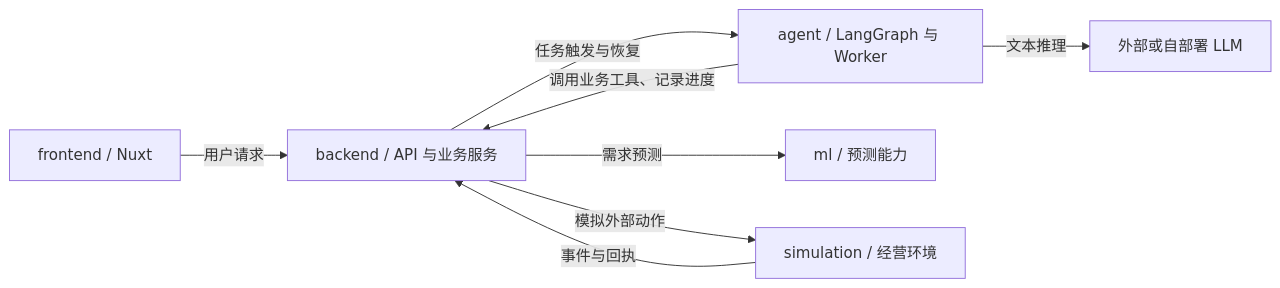
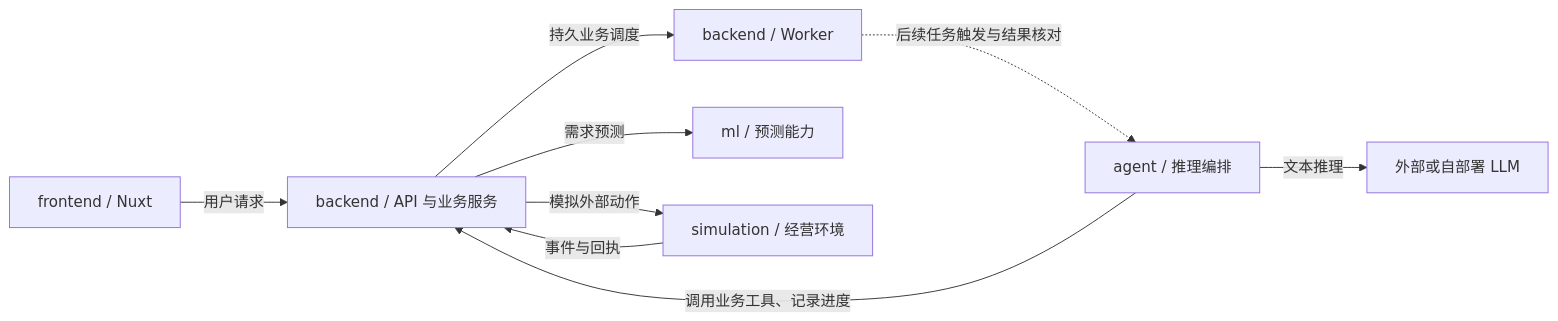
Before and after one commit to yhnapoleon/ShopSteward: the diagram in docs/architecture.md, drawn with Mermaid. The commit also changed other lines of this file and 130 other files, not shown here.

````diff
--- a/docs/architecture.md
+++ b/docs/architecture.md
@@ -20,10 +20,11 @@
 ```mermaid
 flowchart LR
     F[frontend / Nuxt] -->|用户请求| B[backend / API 与业务服务]
-    B -->|任务触发与恢复| A[agent / LangGraph 与 Worker]
+    B -->|持久业务调度| W[backend / Worker]
+    W -.->|后续任务触发与结果核对| A[agent / 推理编排]
     A -->|调用业务工具、记录进度| B
     B -->|需求预测| M[ml / 预测能力]
     B -->|模拟外部动作| S[simulation / 经营环境]
     S -->|事件与回执| B
     A -->|文本推理| L[外部或自部署 LLM]
 ```
````
